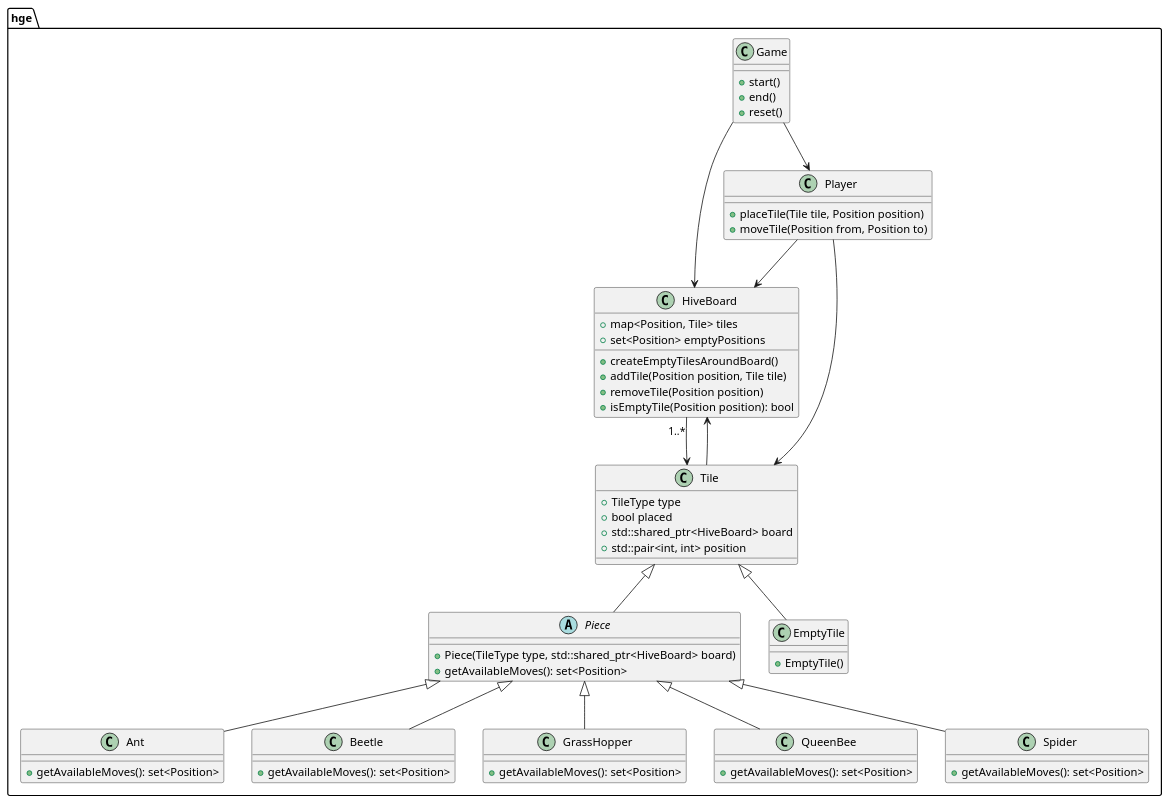
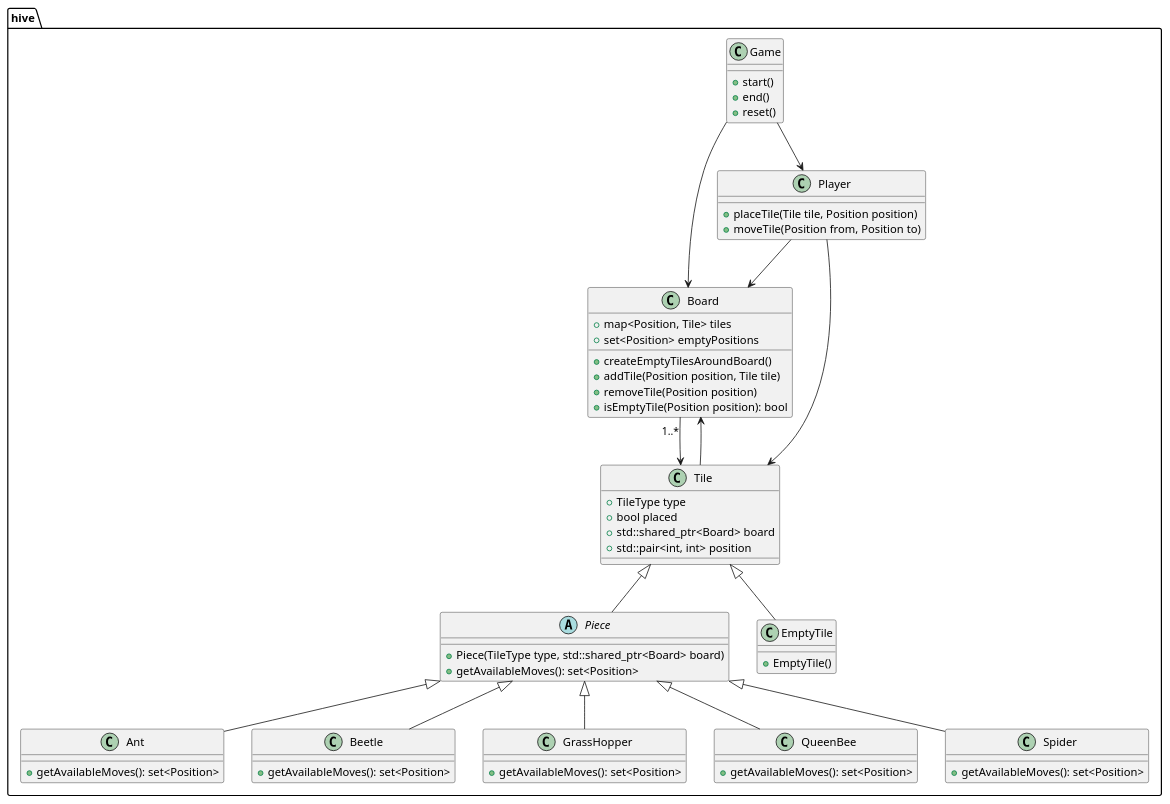
The diagram in UML.puml (wojtekkkkkkowww/HiveGame), drawn with PlantUML before and after one commit. The commit also changed 31 other files, not shown here.

```diff
--- a/UML.puml
+++ b/UML.puml
@@ -1,66 +1,66 @@
 @startuml
-namespace hge {
-    class HiveBoard {
+namespace hive {
+    class Board {
         +map<Position, Tile> tiles
         +set<Position> emptyPositions
         +createEmptyTilesAroundBoard()
         +addTile(Position position, Tile tile)
         +removeTile(Position position)
         +isEmptyTile(Position position): bool
     }
 
     class Tile {
         +TileType type
         +bool placed
-        +std::shared_ptr<HiveBoard> board
+        +std::shared_ptr<Board> board
         +std::pair<int, int> position
     }
 
     abstract class Piece extends Tile {
-        +Piece(TileType type, std::shared_ptr<HiveBoard> board)
+        +Piece(TileType type, std::shared_ptr<Board> board)
         +getAvailableMoves(): set<Position>
     }
 
     class Ant extends Piece {
         +getAvailableMoves(): set<Position>
     }
 
     class Beetle extends Piece {
         +getAvailableMoves(): set<Position>
     }
 
     class GrassHopper extends Piece {
         +getAvailableMoves(): set<Position>
     }
 
     class QueenBee extends Piece {
         +getAvailableMoves(): set<Position>
     }
 
     class Spider extends Piece {
         +getAvailableMoves(): set<Position>
     }
 
     class EmptyTile extends Tile {
         +EmptyTile()
     }
 
     class Player {
         +placeTile(Tile tile, Position position)
         +moveTile(Position from, Position to)
     }
 
     class Game {
         +start()
         +end()
         +reset()
     }
 
-    HiveBoard "1..*" --> Tile
-    Tile --> HiveBoard
-    Player --> HiveBoard
+    Board "1..*" --> Tile
+    Tile --> Board
+    Player --> Board
     Player --> Tile
-    Game --> HiveBoard
+    Game --> Board
     Game --> Player
 }
 @enduml
```
